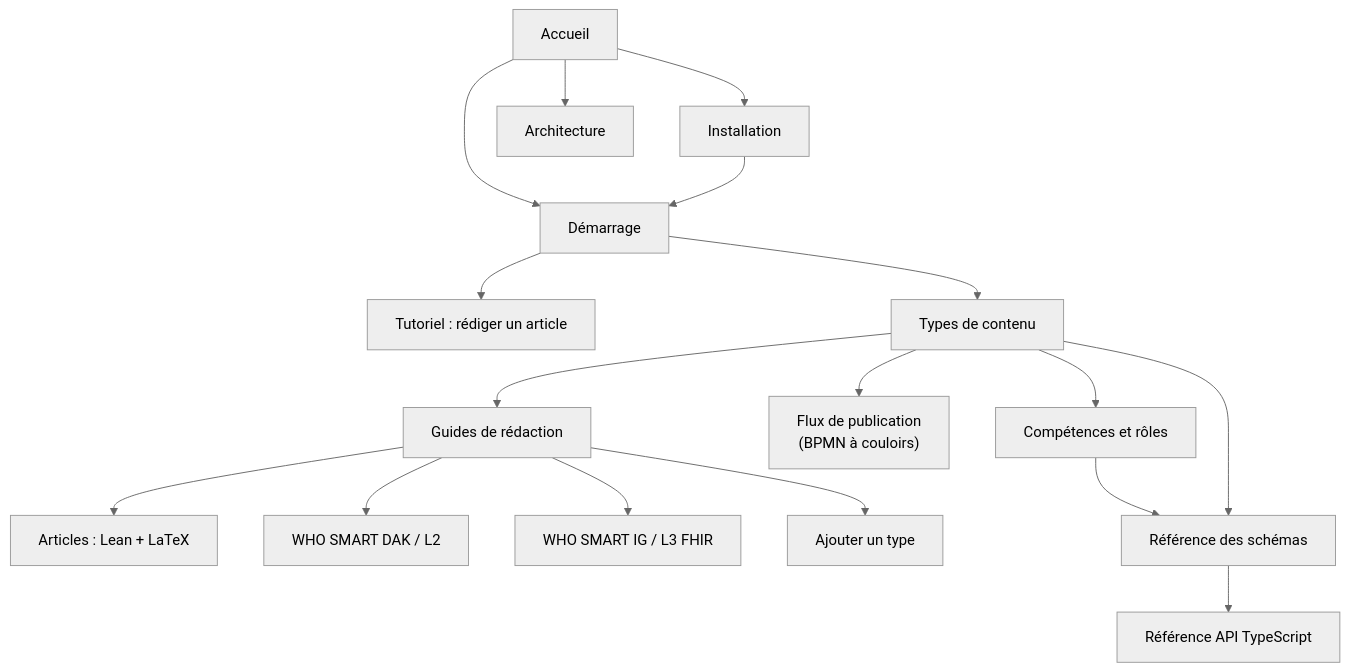
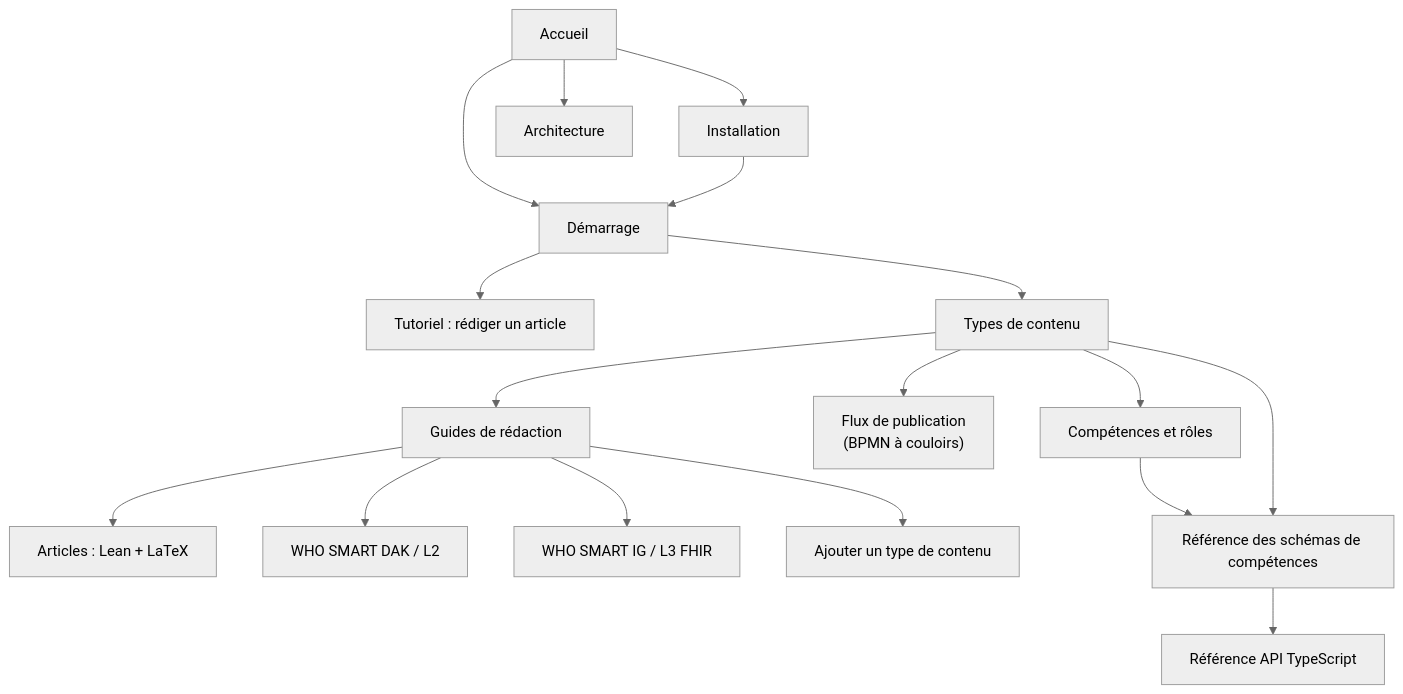
One commit to litlfred/folio-assistant changed the second of 2 diagrams in cat-harness/docs/fr/index.md. Above: the diagram before and after it, drawn with Mermaid (neutral theme). The commit also changed other lines of this file and 9 other files, not shown here.

````diff
--- a/cat-harness/docs/fr/index.md
+++ b/cat-harness/docs/fr/index.md
@@ -121,19 +131,34 @@
 ```mermaid
 flowchart TD
-    Accueil --> Installer[Installation]
-    Accueil --> Dém[Démarrage]
-    Installer --> Dém
-    Dém --> Tut[Tutoriel : rédiger un article]
-    Dém --> TC[Types de contenu]
-    TC --> Comp[Compétences et rôles]
-    TC --> FP["Flux de publication<br/>(BPMN à couloirs)"]
-    TC --> Guides[Guides de rédaction]
-    Guides --> Article[Articles : Lean + LaTeX]
+    Home[Accueil] --> Install[Installation]
+    Home --> GS[Démarrage]
+    Install --> GS
+    GS --> Tut[Tutoriel : rédiger un article]
+    GS --> CT[Types de contenu]
+    CT --> Skills[Compétences et rôles]
+    CT --> WF["Flux de publication<br/>(BPMN à couloirs)"]
+    CT --> Guides[Guides de rédaction]
+    Guides --> Paper[Articles : Lean + LaTeX]
     Guides --> DAK[WHO SMART DAK / L2]
     Guides --> IG[WHO SMART IG / L3 FHIR]
-    Guides --> Nouveau[Ajouter un type]
-    Comp --> Réf[Référence des schémas]
-    TC --> Réf
-    Réf --> API[Référence API TypeScript]
-    Accueil --> Arch[Architecture]
+    Guides --> New[Ajouter un type de contenu]
+    Skills --> Ref[Référence des schémas de compétences]
+    CT --> Ref
+    Ref --> API[Référence API TypeScript]
+    Home --> Arch[Architecture]
+
+    click Skills "skills.html" "Skills & roles"
+    click WF "publication-workflow.html" "Publication workflow (BPMN)"
+    click Install "installation.html" "Installation"
+    click GS "getting-started.html" "Getting started"
+    click Tut "guides/writing-a-paper.html" "Tutorial: writing a paper"
+    click CT "content-types.html" "Content types"
+    click Guides "guides/" "Authoring guides"
+    click Paper "guides/writing-a-paper.html" "Papers: Lean + LaTeX"
+    click DAK "guides/who-smart-dak.html" "WHO SMART DAK (L2)"
+    click IG "guides/who-smart-ig.html" "WHO SMART IG (L3 FHIR)"
+    click New "guides/new-content-type.html" "Add a content type"
+    click Ref "reference/skills/" "Skill schema reference"
+    click API "api/" "TypeScript API reference"
+    click Arch "architecture.html" "Architecture"
 ```
````
